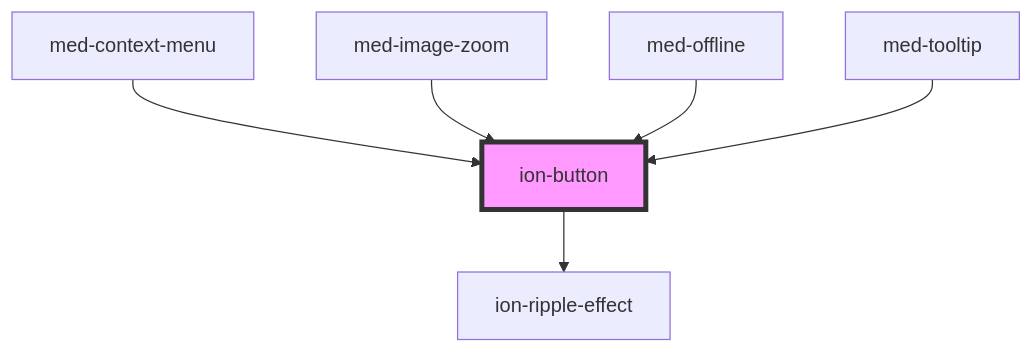
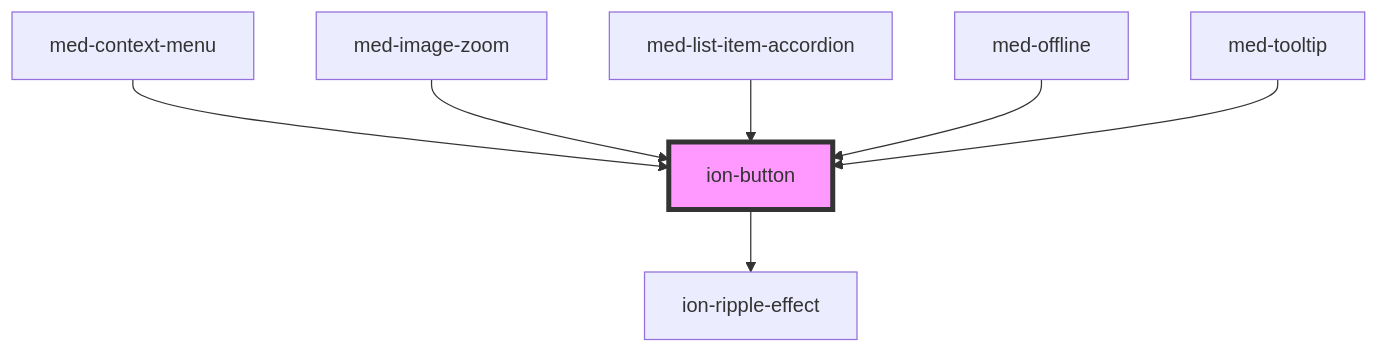
Before and after one commit to MEDGRUPOGIT/ionic-framework-1: the diagram in core/src/components/button/readme.md, drawn with Mermaid. The commit also changed other lines of this file and 16 other files, not shown here.

````diff
--- a/core/src/components/button/readme.md
+++ b/core/src/components/button/readme.md
@@ -382,9 +383,10 @@
 ```mermaid
 graph TD;
   ion-button --> ion-ripple-effect
   med-context-menu --> ion-button
   med-image-zoom --> ion-button
+  med-list-item-accordion --> ion-button
   med-offline --> ion-button
   med-tooltip --> ion-button
   style ion-button fill:#f9f,stroke:#333,stroke-width:4px
 ```
````
